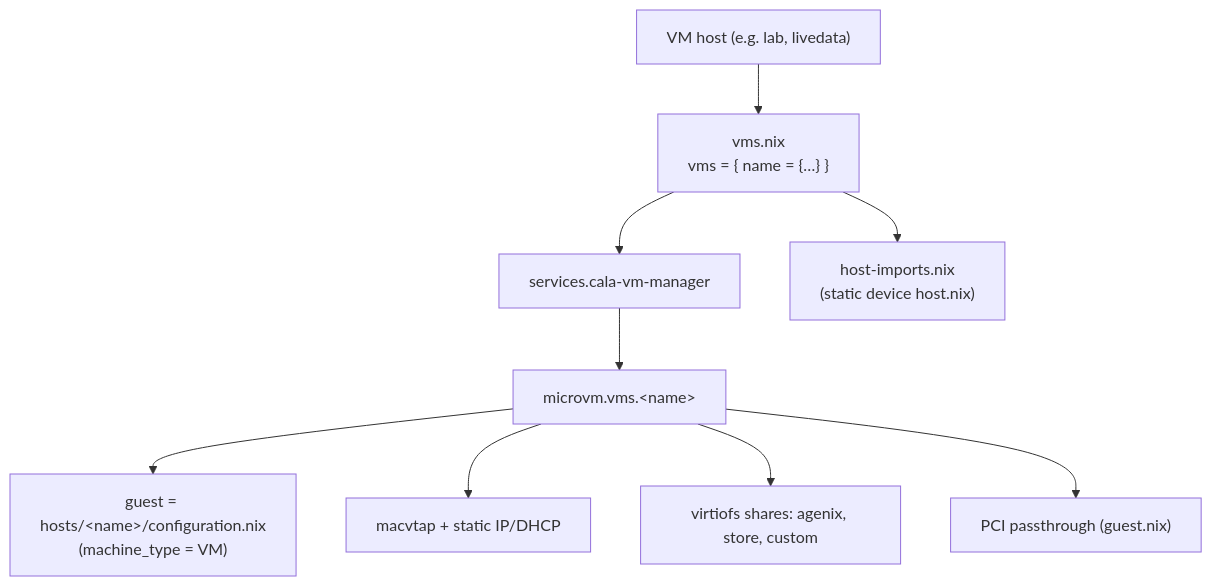
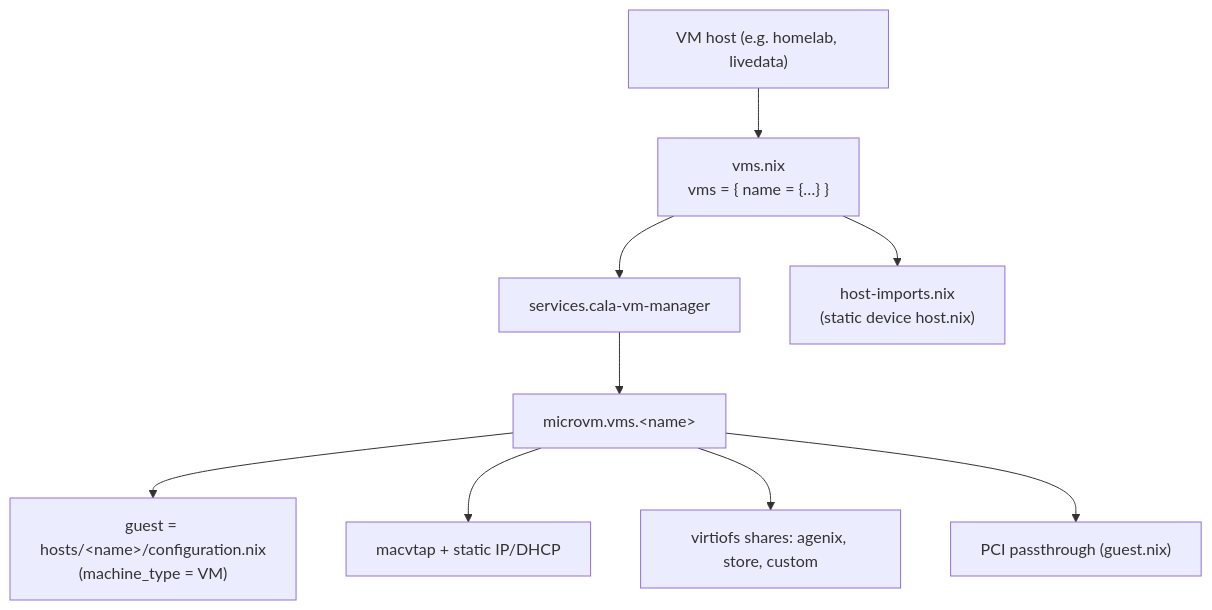
The first of 3 diagrams in wiki/MicroVMs.md (CalamooseLabs/cala-m-os), drawn with Mermaid before and after one commit. The commit also changed other lines of this file and 21 other files, not shown here.

````diff
--- a/wiki/MicroVMs.md
+++ b/wiki/MicroVMs.md
@@ -5,11 +5,11 @@
 ```mermaid
 flowchart TD
-  HOST["VM host (e.g. lab, livedata)"] --> VMS["vms.nix<br/>vms = { name = {…} }"]
+  HOST["VM host (e.g. homelab, livedata)"] --> VMS["vms.nix<br/>vms = { name = {…} }"]
   VMS --> MGR["services.cala-vm-manager"]
   VMS --> HI["host-imports.nix<br/>(static device host.nix)"]
   MGR --> CFG["microvm.vms.&lt;name&gt;"]
   CFG --> GUEST["guest = hosts/&lt;name&gt;/configuration.nix<br/>(machine_type = VM)"]
   CFG --> NET["macvtap + static IP/DHCP"]
   CFG --> SHR["virtiofs shares: agenix, store, custom"]
   CFG --> DEV["PCI passthrough (guest.nix)"]
 ```
````
